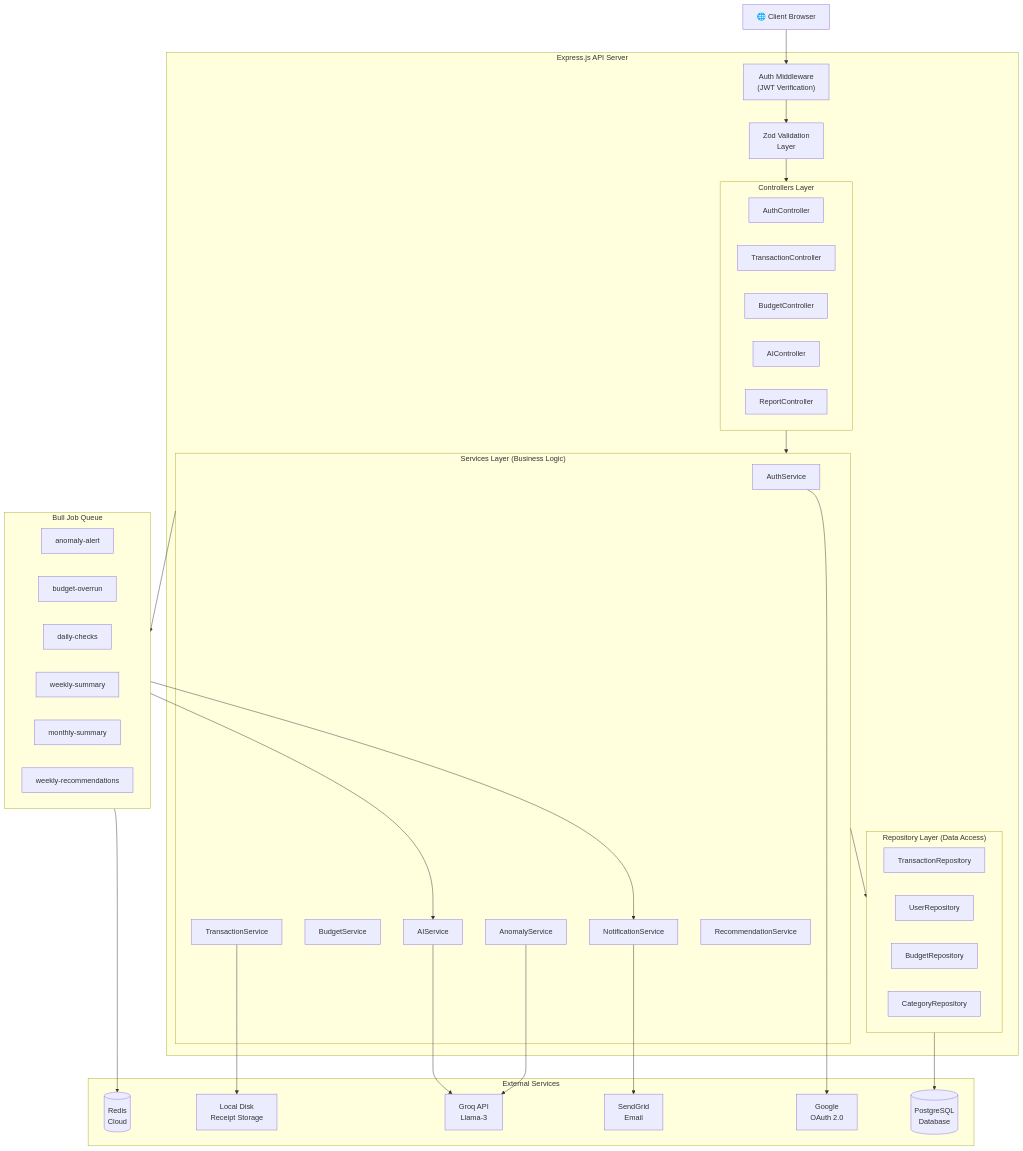
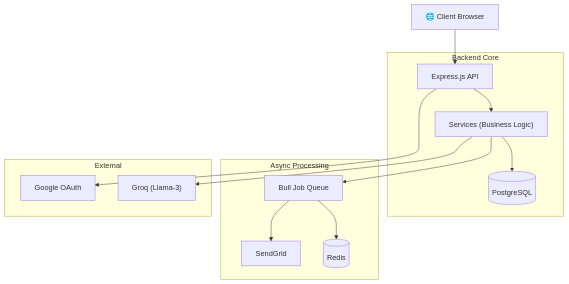
Before and after one commit to ANANYA542/Nexora: the first of 6 diagrams in README.md, drawn with Mermaid. The commit also changed other lines of this file and 1 other file, not shown here.

Commit message:
fix: reject negative income amounts at schema + service layer; simplify README diagrams

````diff
--- a/README.md
+++ b/README.md
@@ -28,68 +28,20 @@
 ```mermaid
-graph TB
-    Client["🌐 Client Browser"]
+graph TD
+    Client["🌐 Client Browser"] --> API["Express.js API"]
     
-    subgraph Express["Express.js API Server"]
-        MW["Auth Middleware\n(JWT Verification)"]
-        ZOD["Zod Validation\nLayer"]
-        
-        subgraph Controllers["Controllers Layer"]
-            AC["AuthController"]
-            TC["TransactionController"]
-            BC["BudgetController"]
-            AIC["AIController"]
-            RC["ReportController"]
-        end
-        
-        subgraph Services["Services Layer (Business Logic)"]
-            AS["AuthService"]
-            TS["TransactionService"]
-            BS["BudgetService"]
-            AIS["AIService"]
-            ANS["AnomalyService"]
-            NS["NotificationService"]
-            RS["RecommendationService"]
-        end
-        
-        subgraph Repositories["Repository Layer (Data Access)"]
-            TR["TransactionRepository"]
-            UR["UserRepository"]
-            BR["BudgetRepository"]
-            CR["CategoryRepository"]
-        end
+    subgraph Backend Core
+        API --> Services["Services (Business Logic)"]
+        Services --> DB[("PostgreSQL")]
     end
     
-    subgraph External["External Services"]
-        PG[("PostgreSQL\nDatabase")]
-        REDIS[("Redis\nCloud")]
-        GROQ["Groq API\nLlama-3"]
-        SG["SendGrid\nEmail"]
-        GOOGLE["Google\nOAuth 2.0"]
-        STATIC["Local Disk\nReceipt Storage"]
+    subgraph Async Processing
+        Services --> Queue["Bull Job Queue"]
+        Queue --> Redis[("Redis")]
+        Queue --> Email["SendGrid"]
     end
     
-    subgraph Queue["Bull Job Queue"]
-        Q1["anomaly-alert"]
-        Q2["budget-overrun"]
-        Q3["daily-checks"]
-        Q4["weekly-summary"]
-        Q5["monthly-summary"]
-        Q6["weekly-recommendations"]
+    subgraph External
+        Services --> AI["Groq (Llama-3)"]
+        API --> Auth["Google OAuth"]
     end
-    
-    Client --> MW
-    MW --> ZOD
-    ZOD --> Controllers
-    Controllers --> Services
-    Services --> Repositories
-    Repositories --> PG
-    AIS --> GROQ
-    ANS --> GROQ
-    NS --> SG
-    AS --> GOOGLE
-    TS --> STATIC
-    Services --> Queue
-    Queue --> REDIS
-    Queue --> NS
-    Queue --> AIS
 ```
````
